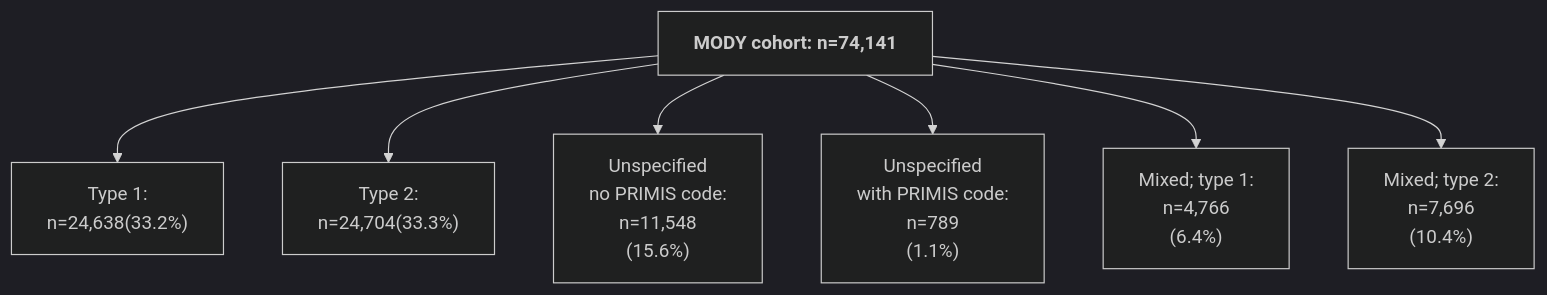
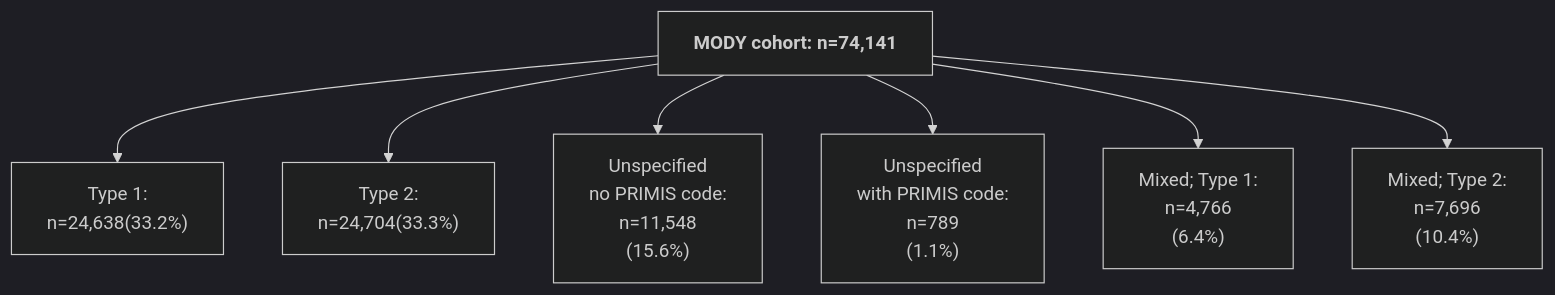
One commit to Exeter-Diabetes/CPRD-Katie-DePICtion-Scripts changed the third of 3 diagrams in README.md. Above: the diagram before and after it, drawn with Mermaid (dark theme). The commit also changed other lines of this file, not shown here.

````diff
--- a/README.md
+++ b/README.md
@@ -90,9 +90,9 @@
 ```mermaid
 graph TD;
     G["<b>MODY cohort:<b> n=74,141"] --> H["Type 1:<br>n=24,638(33.2%)"]
     G --> I["Type 2:<br>n=24,704(33.3%)"]
     G --> J["Unspecified<br>no PRIMIS code:<br>n=11,548<br>(15.6%)"]
     G --> K["Unspecified<br>with PRIMIS code: <br>n=789<br>(1.1%)"]
-    G --> L["Mixed; type 1:<br>n=4,766<br>(6.4%)"]
-    G --> M["Mixed; type 2:<br>n=7,696<br>(10.4%)"]
+    G --> L["Mixed; Type 1:<br>n=4,766<br>(6.4%)"]
+    G --> M["Mixed; Type 2:<br>n=7,696<br>(10.4%)"]
 ```
````
